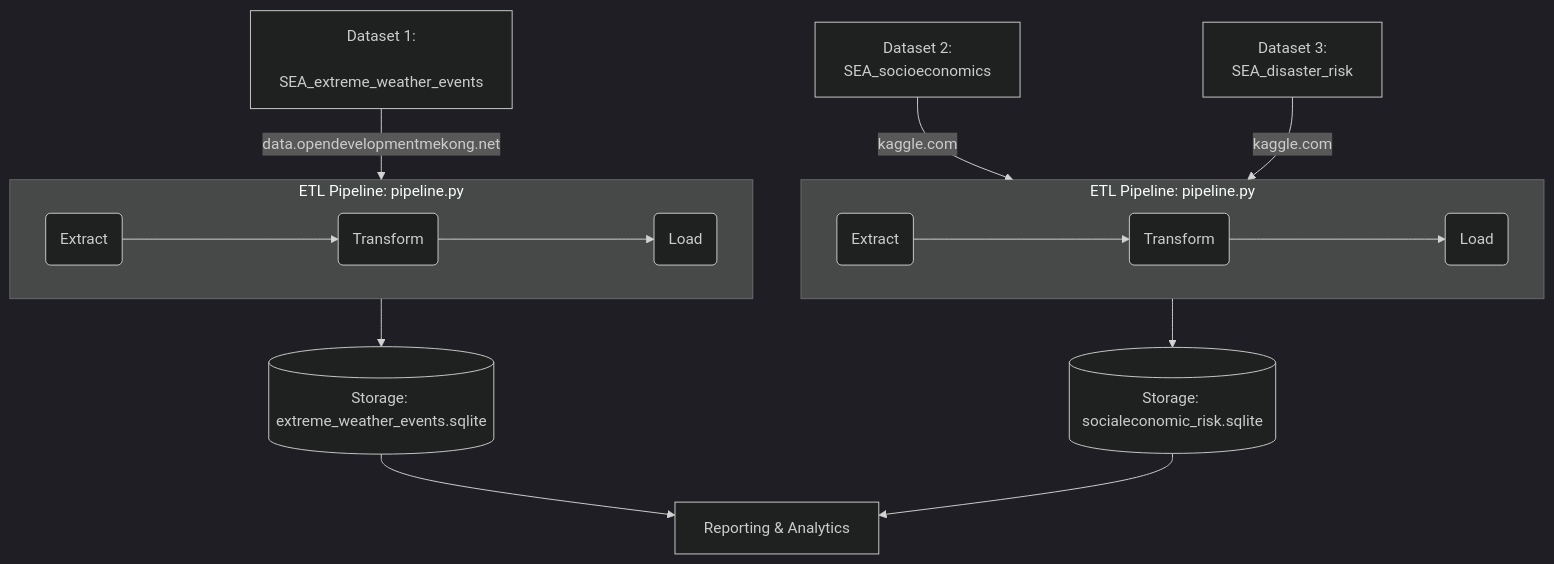
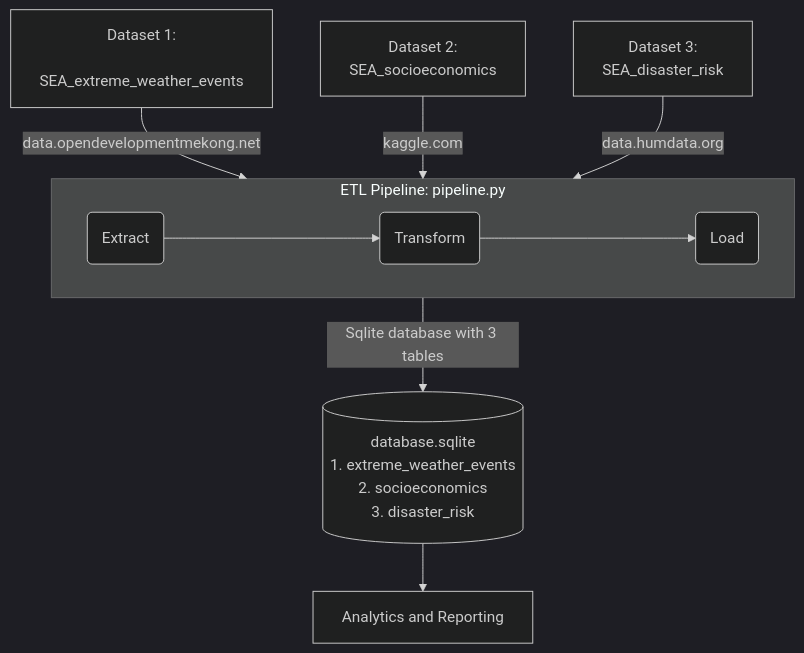
One commit to kristen149/FAUdata-enginnering-project changed the diagram in project/project-plan.md. Above: the diagram before and after it, drawn with Mermaid (dark theme). The commit also changed other lines of this file and 1 other file, not shown here.

Commit message:
pipeline testing

````diff
--- a/project/project-plan.md
+++ b/project/project-plan.md
@@ -124,20 +124,19 @@
 ``` mermaid
 flowchart TB
   
   A[Dataset 1:
-    SEA_extreme_weather_events] --data.opendevelopmentmekong.net--> SUB0 --> db1[("Storage: extreme_weather_events.sqlite")] --> G[Reporting & Analytics] 
+    SEA_extreme_weather_events] --data.opendevelopmentmekong.net--> SUB0 --Sqlite database with 3 tables--> db1[("database.sqlite
+     1. extreme_weather_events
+     2. socioeconomics
+     3. disaster_risk")] --> G[Analytics and Reporting] 
   B[Dataset 2:
-    SEA_socioeconomics] --kaggle.com --> SUB1 
+    SEA_socioeconomics] --kaggle.com --> SUB0 
   C[Dataset 3:
-    SEA_disaster_risk] --kaggle.com --> SUB1
-  SUB1 --> db2[("Storage: socialeconomic_risk.sqlite")] --> G[Reporting & Analytics]
+    SEA_disaster_risk] --data.humdata.org --> SUB0
 
-subgraph SUB1[ETL Pipeline: pipeline.py]
- direction LR
-    I(Extract)----> K(Transform)---->L(Load)
-end
+
 subgraph SUB0[ETL Pipeline: pipeline.py]
     direction LR
     D(Extract)----> E(Transform)----> F(Load)
 end
 ```
````
